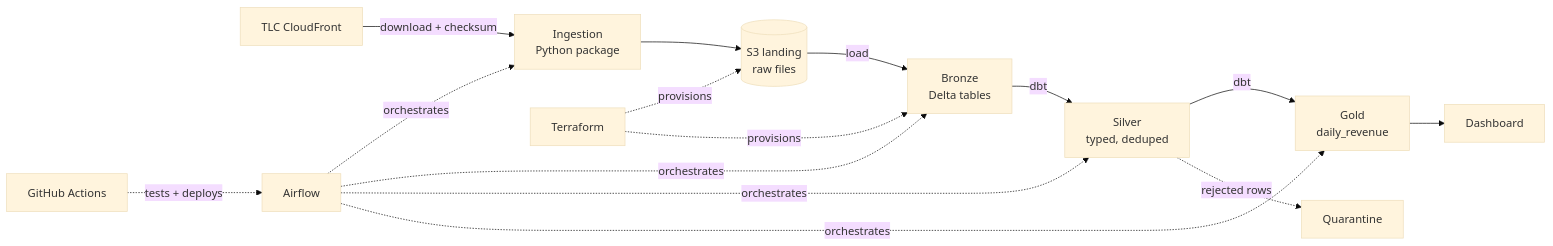
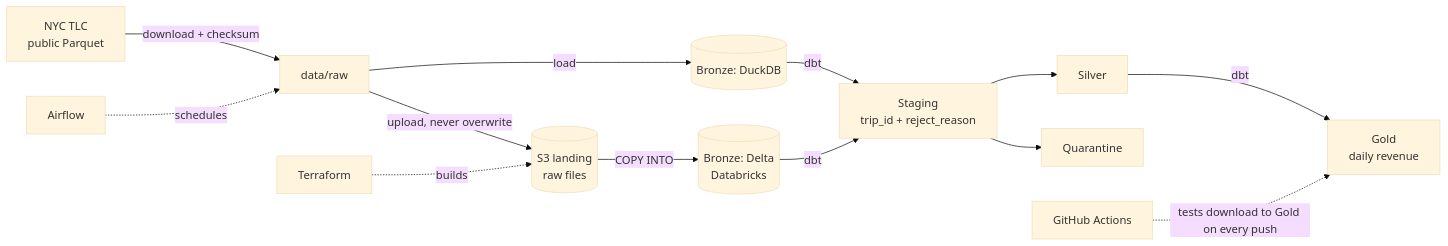
Before and after one commit to shadmanArko/nyc-taxi-lakehouse: the second of 2 diagrams in docs/01-architecture/architecture-overview.md, drawn with Mermaid (base theme). The commit also changed other lines of this file and 9 other files, not shown here.

````diff
--- a/docs/01-architecture/architecture-overview.md
+++ b/docs/01-architecture/architecture-overview.md
@@ -14,17 +16,15 @@
 ```mermaid
 flowchart LR
-    SRC[TLC CloudFront] -->|download + checksum| ING[Ingestion<br/>Python package]
-    ING --> S3[(S3 landing<br/>raw files)]
-    S3 -->|load| BRZ[Bronze<br/>Delta tables]
-    BRZ -->|dbt| SLV[Silver<br/>typed, deduped]
-    SLV -->|dbt| GLD[Gold<br/>daily_revenue]
-    SLV -.->|rejected rows| QRN[Quarantine]
-    GLD --> BI[Dashboard]
-    AF[Airflow] -. orchestrates .-> ING
-    AF -. orchestrates .-> BRZ
-    AF -. orchestrates .-> SLV
-    AF -. orchestrates .-> GLD
-    TF[Terraform] -. provisions .-> S3
-    TF -. provisions .-> BRZ
-    GH[GitHub Actions] -. tests + deploys .-> AF
+    TLC[NYC TLC<br/>public Parquet] -->|download + checksum| RAW[data/raw]
+    RAW -->|upload, never overwrite| S3[(S3 landing<br/>raw files)]
+    RAW -->|load| BD[(Bronze: DuckDB)]
+    S3 -->|COPY INTO| BX[(Bronze: Delta<br/>Databricks)]
+    BD -->|dbt| STG[Staging<br/>trip_id + reject_reason]
+    BX -->|dbt| STG
+    STG --> SLV[Silver]
+    STG --> QRN[Quarantine]
+    SLV -->|dbt| GLD[Gold<br/>daily revenue]
+    AF[Airflow] -. schedules .-> RAW
+    TF[Terraform] -. builds .-> S3
+    GH[GitHub Actions] -. tests download to Gold on every push .-> GLD
 ```
````
